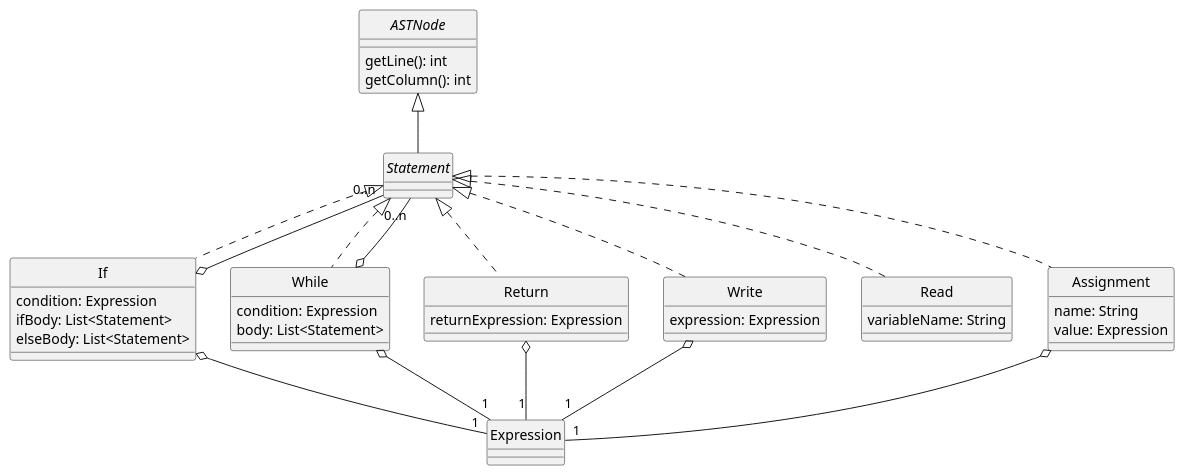
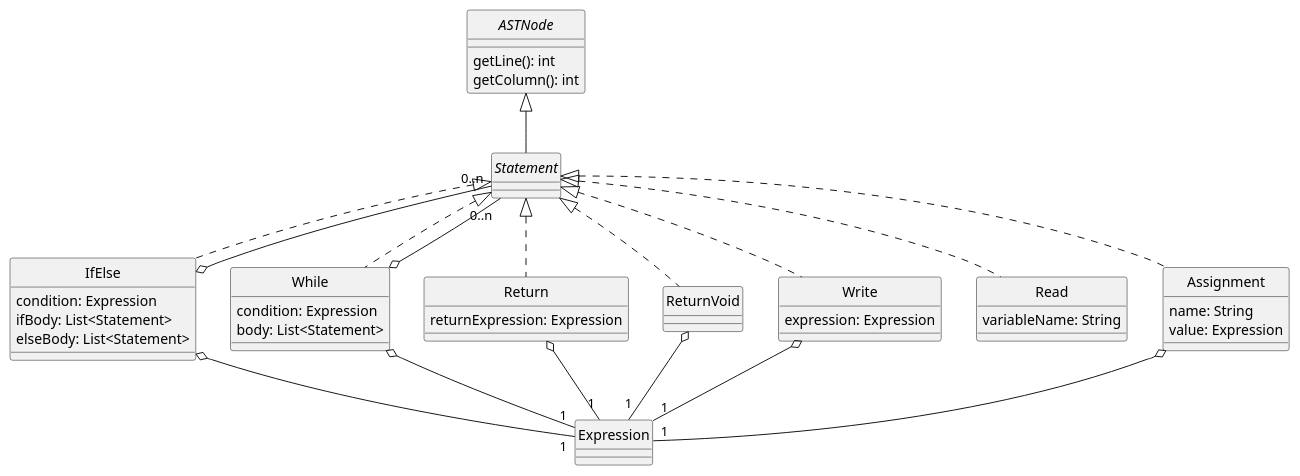
One commit to DavidGonzalezFernandez/dlp-compiler changed the diagram in docs/diagrams/statements.plantuml. Above: the diagram before and after it, drawn with PlantUML.

Commit message:
Incorporo el return sin expresión

```diff
--- a/docs/diagrams/statements.plantuml
+++ b/docs/diagrams/statements.plantuml
@@ -1,64 +1,74 @@
 @startuml Statements
 skinparam style strictuml
 skinparam monochrome true
 
 interface ASTNode {
     getLine(): int
     getColumn(): int
 }
 
 interface Statement
 ASTNode <|-- Statement
 
 /'
 Una sentencia condicional se define usando la palabra clave if seguida de una condición.
 El cuerpo de dicha sentencia estará comprendido entre do y end.
 Se podrá usar la palabra clave else.
 '/
-class If {
+class IfElse {
     condition: Expression
     ifBody: List<Statement>
     elseBody: List<Statement>   /'puede no haber else, la lista estaría vacía'/
 }
-Statement <|.. If
-If o-- "1" Expression
-If o-- "0..n" Statement
+Statement <|.. IfElse
+IfElse o-- "1" Expression
+IfElse o-- "0..n" Statement
 
 class While {
     condition: Expression
     body: List<Statement>
 }
 Statement <|.. While
 While o-- "1" Expression
 While o-- "0..n" Statement
 
 ' El return debe estar seguido obligatoriamente de una expresión
 class Return {
     returnExpression: Expression    /'qué '/
 }
 Statement <|.. Return
 Return o-- "1" Expression
 
-/' "Una escritura se compone por la palabra reservada puts y una lista de expresiones separadas por comas"
+' Return para cuando no se devuelve una expresión
+class ReturnVoid
+Statement <|.. ReturnVoid
+ReturnVoid o-- "1" Expression
+
+/'  El print de toda la vida TODO: analizar si mantener el nombre
+    "Una escritura se compone por la palabra reservada puts y una lista de expresiones separadas por comas"
     Write no tiene una lista de Expression, se genera un Write para cada Expression
 '/
 class Write {
     expression: Expression
 }
 Statement <|.. Write
 Write o-- "1" Expression
 
+/'
+    El input de toda la vida TODO: analizar si cambiar el nombre
+'/
 class Read {
     variableName: String
+    'TODO ¿hay que añadir una expresión?
 }
 Statement <|.. Read
 
 ' Una asignación está compuesta por dos expresiones separadas por el operador =.
 class Assignment {
     name: String
     value: Expression
 }
 Statement <|.. Assignment
 Assignment o-- "1" Expression
 
 @enduml
```
